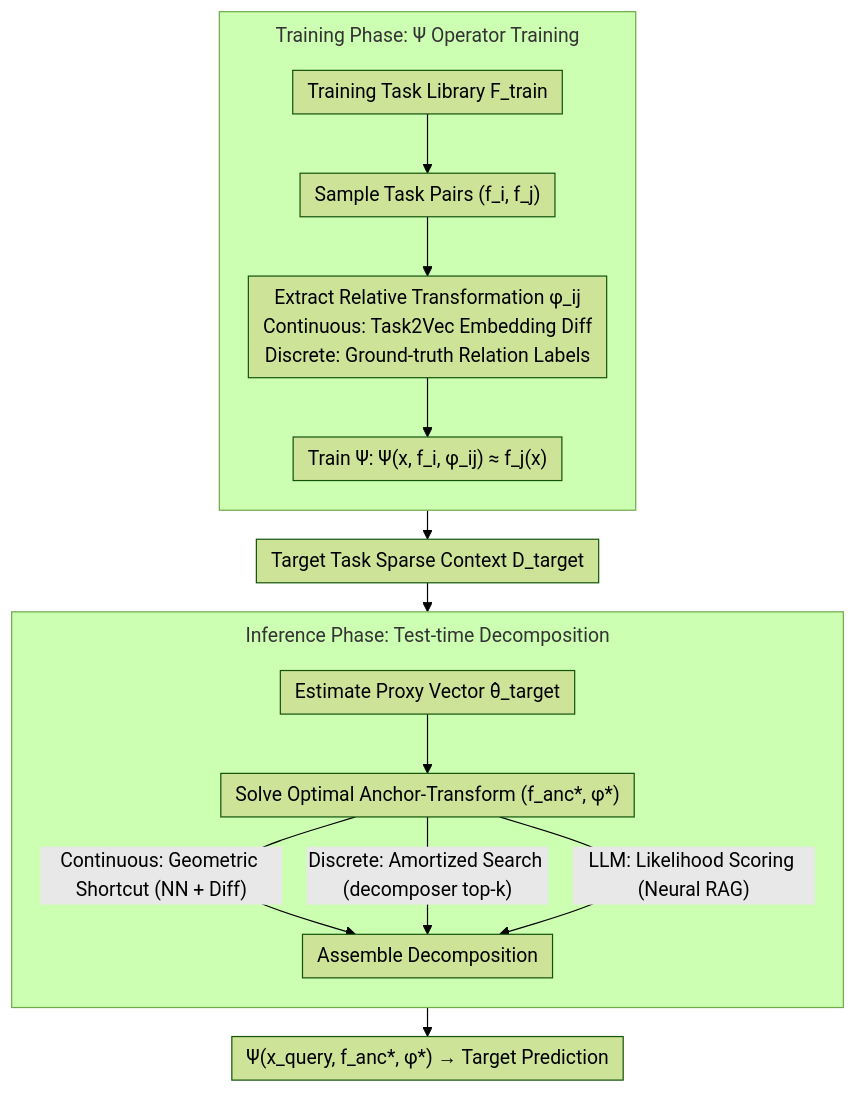
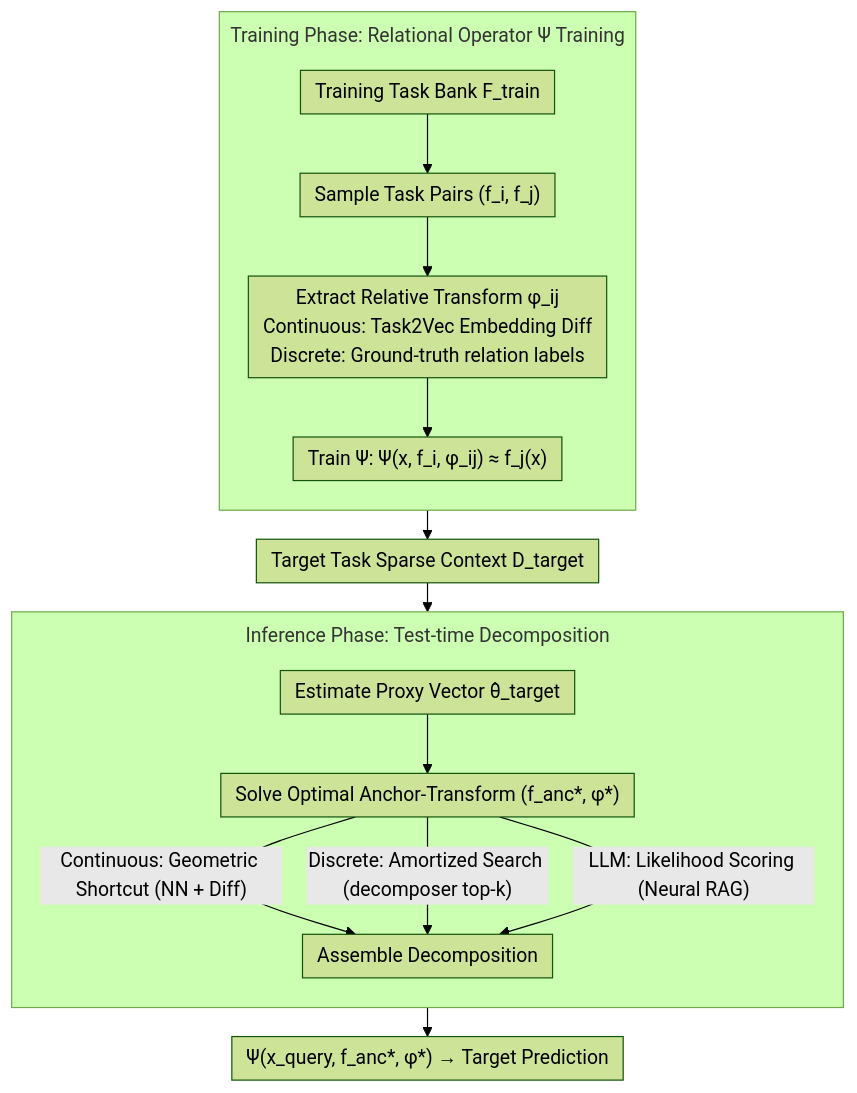
Before and after one commit to zhaoyang97/Paper-Notes-en: the diagram in docs/ICML2026/self_supervised/learning_to_extrapolate_to_new_tasks_a_relational_approach_to_task_extrapolation.md, drawn with Mermaid (forest theme). The commit also changed other lines of this file and 5084 other files, not shown here.

````diff
--- a/docs/ICML2026/self_supervised/learning_to_extrapolate_to_new_tasks_a_relational_approach_to_task_extrapolation.md
+++ b/docs/ICML2026/self_supervised/learning_to_extrapolate_to_new_tasks_a_relational_approach_to_task_extrapolation.md
@@ -44,20 +44,20 @@
 ```mermaid
 %%{init: {'flowchart': {'rankSpacing': 24, 'nodeSpacing': 28, 'padding': 6, 'wrappingWidth': 400, 'subGraphTitleMargin': {'top': 8, 'bottom': 16}}}}%%
 flowchart TD
-    subgraph TRAIN["Training Phase: Ψ Operator Training"]
+    subgraph TRAIN["Training Phase: Relational Operator Ψ Training"]
         direction TB
-        A["Training Task Library F_train"] --> B["Sample Task Pairs (f_i, f_j)"]
-        B --> C["Extract Relative Transformation φ_ij<br/>Continuous: Task2Vec Embedding Diff<br/>Discrete: Ground-truth Relation Labels"]
+        A["Training Task Bank F_train"] --> B["Sample Task Pairs (f_i, f_j)"]
+        B --> C["Extract Relative Transform φ_ij<br/>Continuous: Task2Vec Embedding Diff<br/>Discrete: Ground-truth relation labels"]
         C --> D["Train Ψ: Ψ(x, f_i, φ_ij) ≈ f_j(x)"]
     end
     D --> E["Target Task Sparse Context D_target"]
     subgraph INFER["Inference Phase: Test-time Decomposition"]
         direction TB
         F["Estimate Proxy Vector θ̂_target"] --> G["Solve Optimal Anchor-Transform (f_anc*, φ*)"]
         G -->|"Continuous: Geometric Shortcut (NN + Diff)"| H["Assemble Decomposition"]
         G -->|"Discrete: Amortized Search (decomposer top-k)"| H
         G -->|"LLM: Likelihood Scoring (Neural RAG)"| H
     end
     E --> F
     H --> I["Ψ(x_query, f_anc*, φ*) → Target Prediction"]
 ```
````
